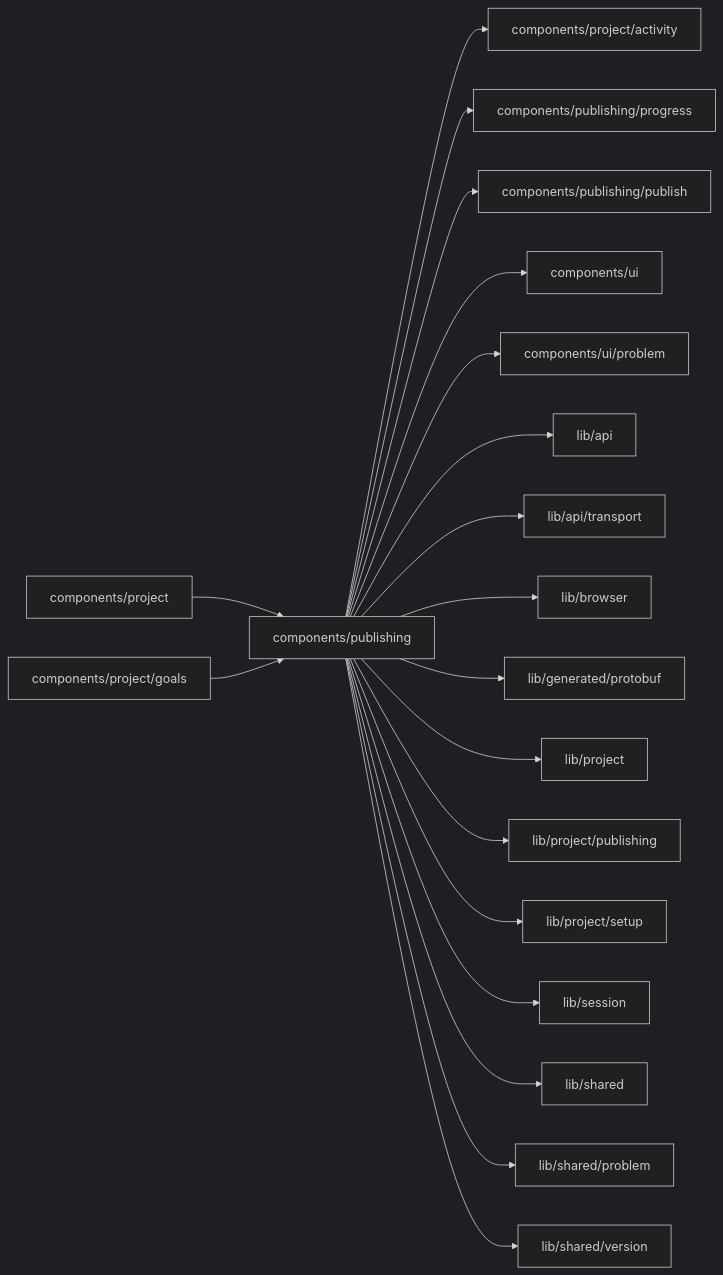
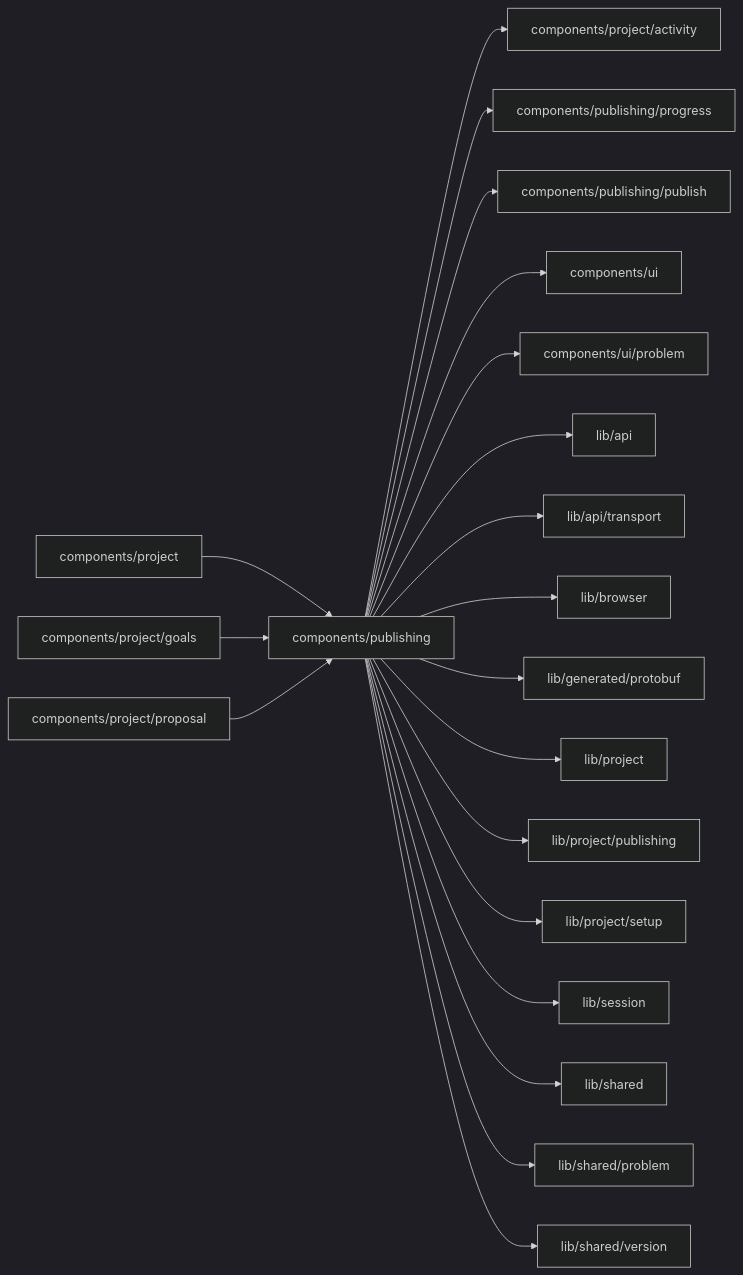
The diagram in web/studio/components/publishing/README.md (superdurable/superverse), drawn with Mermaid (dark theme) before and after one commit. The commit also changed other lines of this file and 226 other files, not shown here.

````diff
--- a/web/studio/components/publishing/README.md
+++ b/web/studio/components/publishing/README.md
@@ -10,22 +10,23 @@
 ```mermaid
 flowchart LR
   self["components/publishing"]
   c0["components/project"] --> self
   c1["components/project/goals"] --> self
+  c2["components/project/proposal"] --> self
   self --> d0["components/project/activity"]
   self --> d1["components/publishing/progress"]
   self --> d2["components/publishing/publish"]
   self --> d3["components/ui"]
   self --> d4["components/ui/problem"]
   self --> d5["lib/api"]
   self --> d6["lib/api/transport"]
   self --> d7["lib/browser"]
   self --> d8["lib/generated/protobuf"]
   self --> d9["lib/project"]
   self --> d10["lib/project/publishing"]
   self --> d11["lib/project/setup"]
   self --> d12["lib/session"]
   self --> d13["lib/shared"]
   self --> d14["lib/shared/problem"]
   self --> d15["lib/shared/version"]
 ```
````
